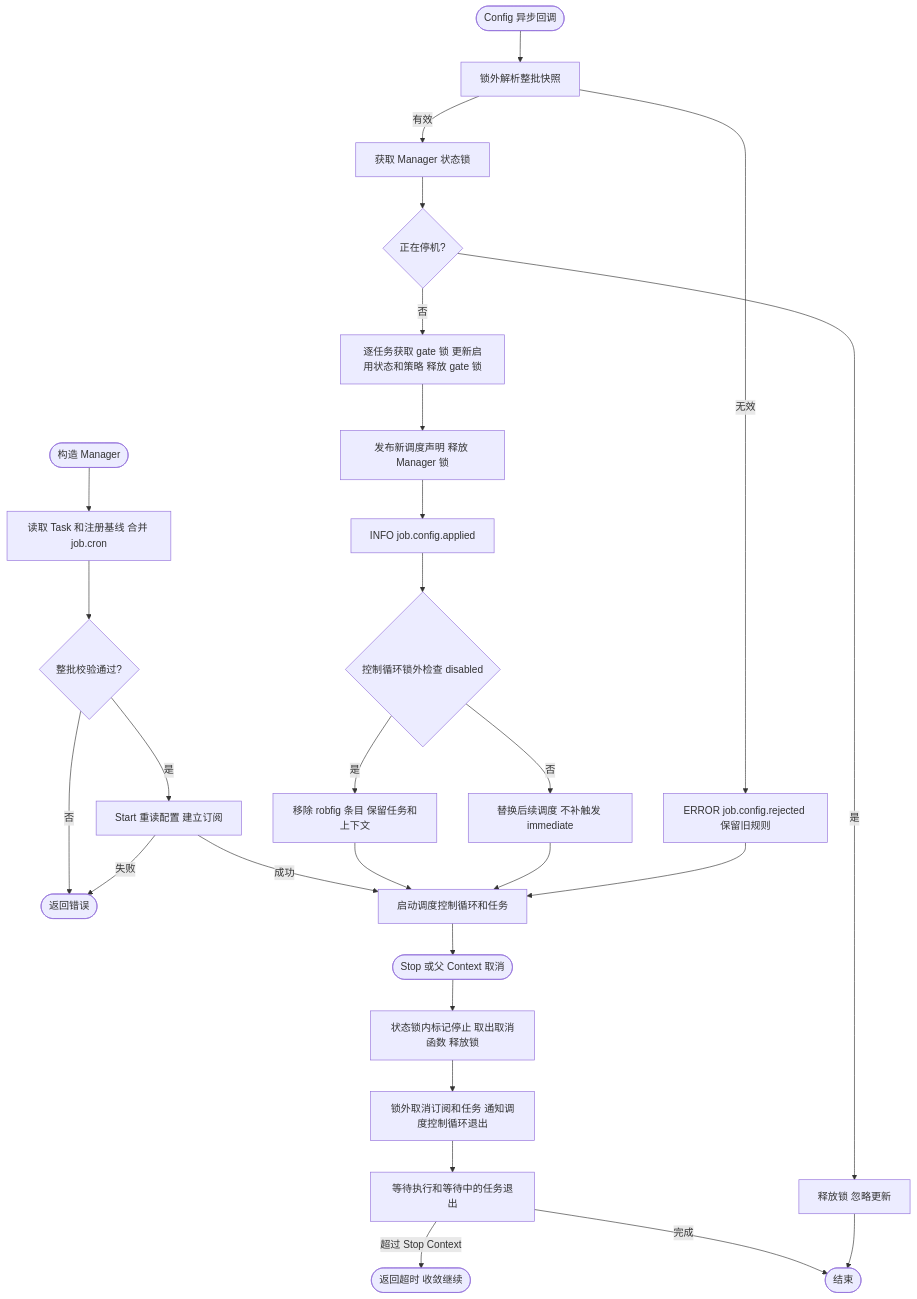
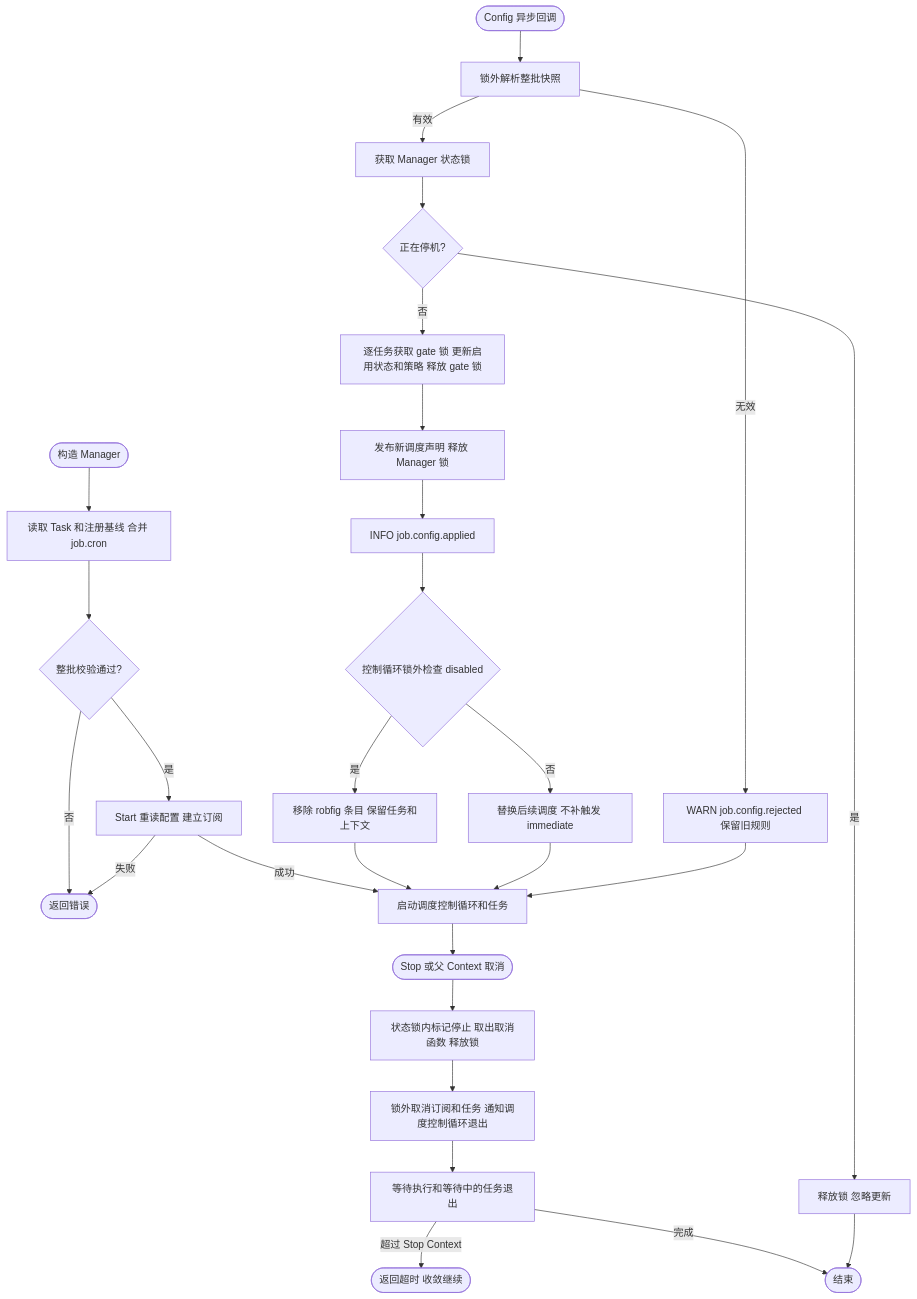
Before and after one commit to jaggerzhuang1994/kratos-foundation: the first of 6 diagrams in pkg/job/README.md, drawn with Mermaid. The commit also changed other lines of this file and 204 other files, not shown here.

````diff
--- a/pkg/job/README.md
+++ b/pkg/job/README.md
@@ -69,30 +69,30 @@
 ```mermaid
 flowchart TD
  A([构造 Manager]) --> B[读取 Task 和注册基线 合并 job.cron]
  B --> C{整批校验通过?}
  C -- 否 --> X([返回错误])
  C -- 是 --> D[Start 重读配置 建立订阅]
  D -- 失败 --> X
  D -- 成功 --> E[启动调度控制循环和任务]
  U([Config 异步回调]) --> V[锁外解析整批快照]
- V -- 无效 --> W[ERROR job.config.rejected 保留旧规则]
+ V -- 无效 --> W[WARN job.config.rejected 保留旧规则]
  V -- 有效 --> L[获取 Manager 状态锁]
  L --> S{正在停机?}
  S -- 是 --> Z[释放锁 忽略更新]
  S -- 否 --> G[逐任务获取 gate 锁 更新启用状态和策略 释放 gate 锁]
  G --> H[发布新调度声明 释放 Manager 锁]
  H --> I[INFO job.config.applied]
  I --> J{控制循环锁外检查 disabled}
  J -- 是 --> J1[移除 robfig 条目 保留任务和上下文]
  J -- 否 --> J2[替换后续调度 不补触发 immediate]
  J1 --> E
  J2 --> E
  W --> E
  E --> K([Stop 或父 Context 取消])
  K --> M[状态锁内标记停止 取出取消函数 释放锁]
  M --> N[锁外取消订阅和任务 通知调度控制循环退出]
  N --> O[等待执行和等待中的任务退出]
  O -- 超过 Stop Context --> P([返回超时 收敛继续])
  O -- 完成 --> Q([结束])
  Z --> Q
 ```
````
